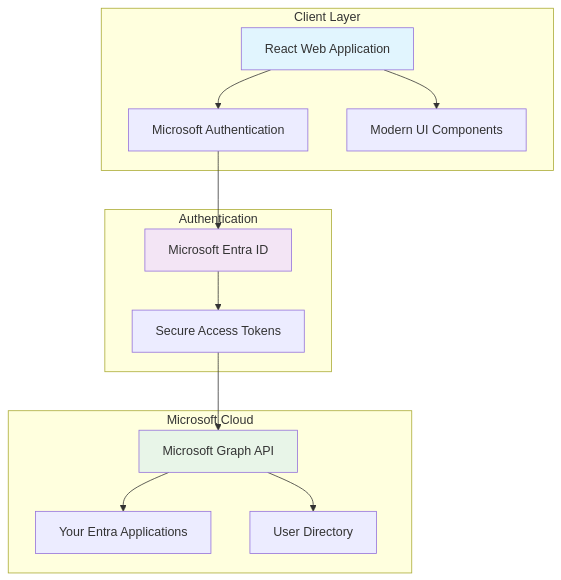
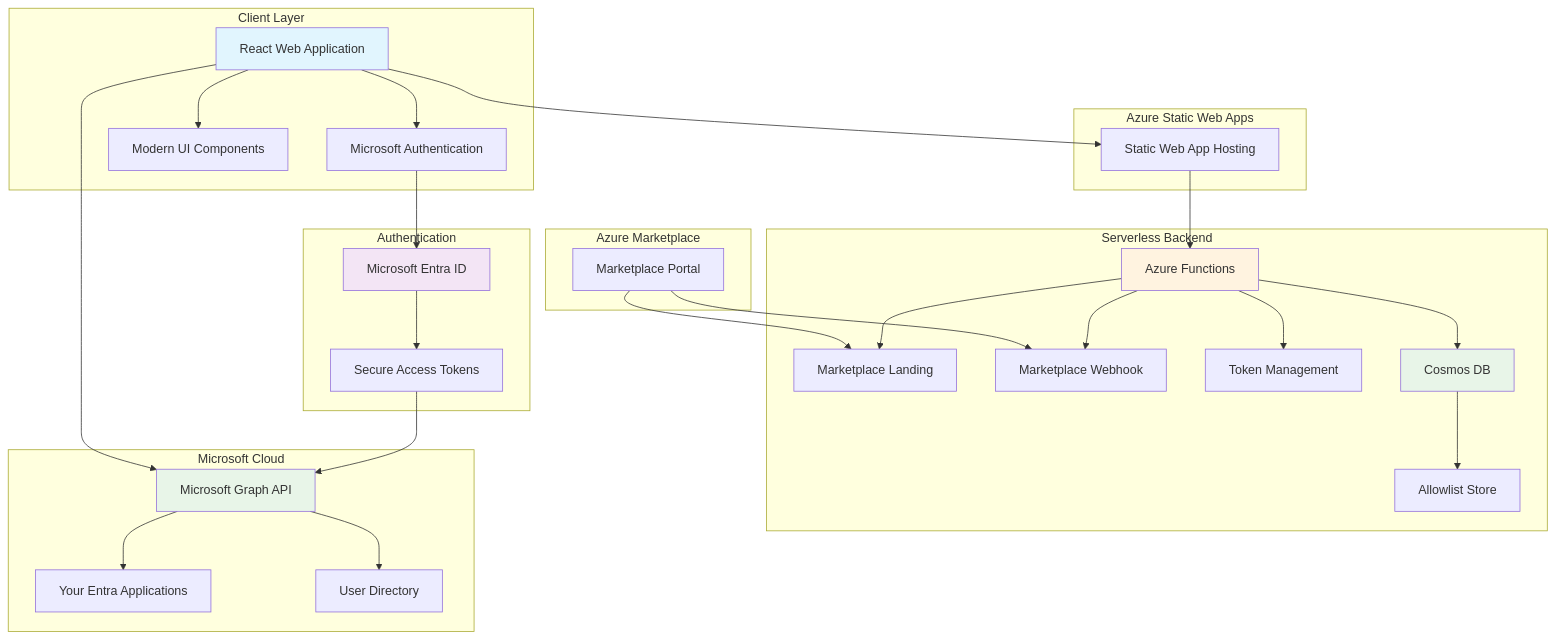
The diagram in Architecture Overview.md (AppConfig-Org/AppConfig-Squared), drawn with Mermaid before and after one commit.

Commit message:
Architecture Overview.md

````diff
--- a/Architecture Overview.md
+++ b/Architecture Overview.md
@@ -7,22 +7,44 @@
 ```mermaid
 graph TB
     subgraph "Client Layer"
         A[React Web Application] --> B[Microsoft Authentication]
         A --> C[Modern UI Components]
     end
     
+    subgraph "Azure Static Web Apps"
+        A --> D[Static Web App Hosting]
+    end
+    
     subgraph "Authentication"
-        B --> D[Microsoft Entra ID]
-        D --> E[Secure Access Tokens]
+        B --> E[Microsoft Entra ID]
+        E --> F[Secure Access Tokens]
+    end
+    
+    subgraph "Serverless Backend"
+        G[Azure Functions] --> H[Marketplace Landing]
+        G --> I[Marketplace Webhook]
+        G --> J[Token Management]
+        K[Cosmos DB] --> L[Allowlist Store]
+        G --> K
     end
     
     subgraph "Microsoft Cloud"
-        E --> F[Microsoft Graph API]
-        F --> G[Your Entra Applications]
-        F --> H[User Directory]
+        F --> M[Microsoft Graph API]
+        M --> N[Your Entra Applications]
+        M --> O[User Directory]
     end
     
+    subgraph "Azure Marketplace"
+        P[Marketplace Portal] --> H
+        P --> I
+    end
+    
+    D --> G
+    A --> M
+    
     style A fill:#e1f5fe
-    style D fill:#f3e5f5
-    style F fill:#e8f5e8
+    style E fill:#f3e5f5
+    style M fill:#e8f5e8
+    style G fill:#fff3e0
+    style K fill:#e8f5e8
 ```
````
